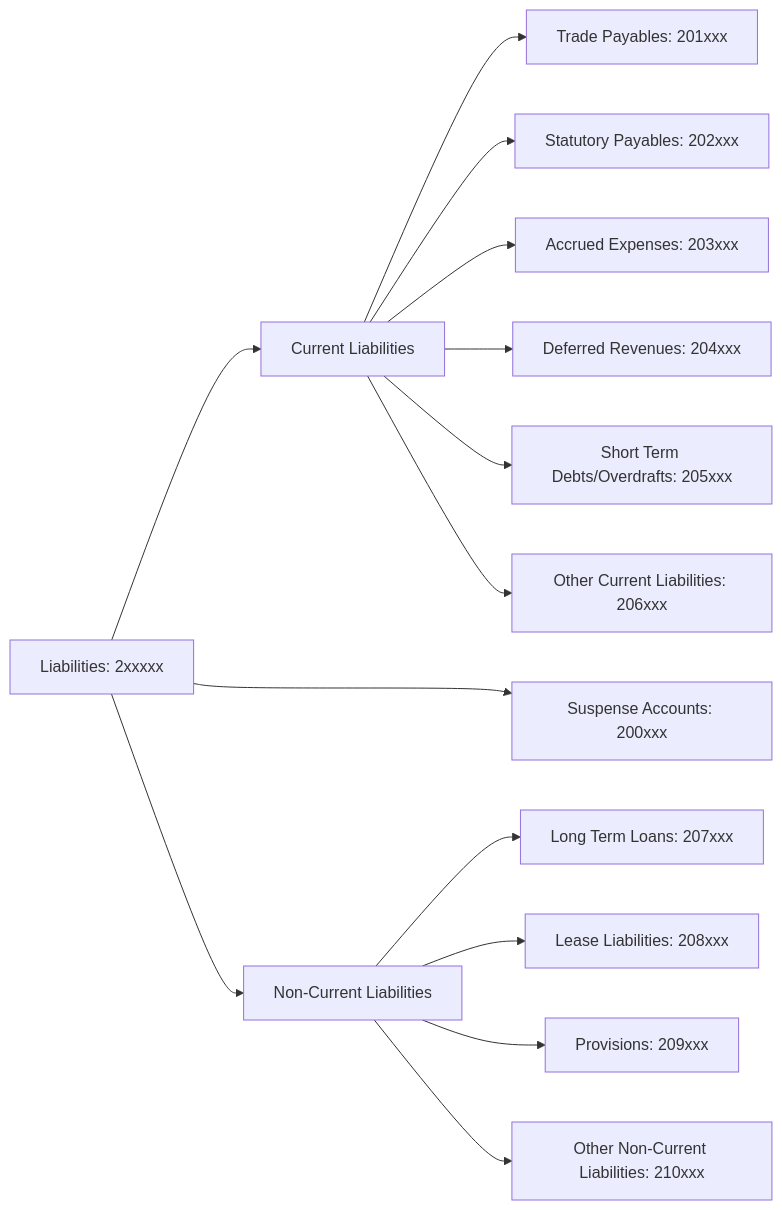
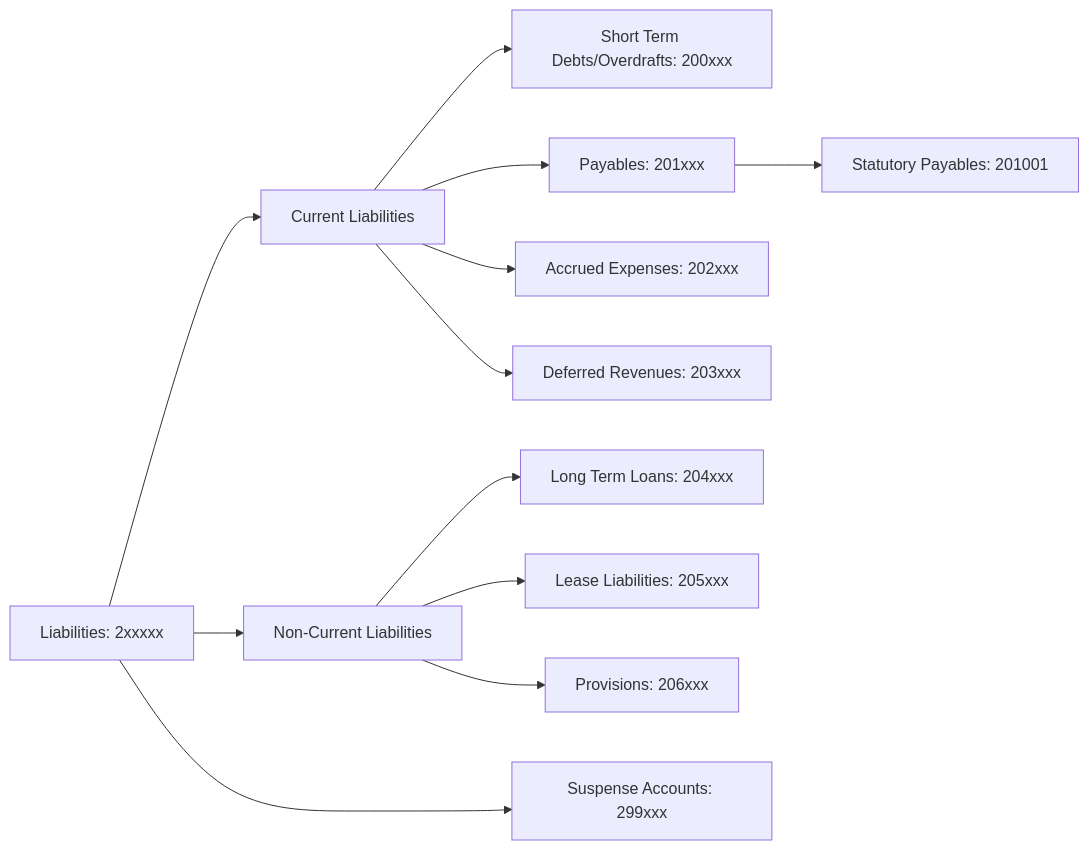
The diagram in src/domain/accounting/__doc__/assets/coa-liabilities.mermaid (oosahon/ledgernova-core), drawn with Mermaid before and after one commit. The commit also changed 276 other files, not shown here.

```diff
--- a/src/domain/accounting/__doc__/assets/coa-liabilities.mermaid
+++ b/src/domain/accounting/__doc__/assets/coa-liabilities.mermaid
@@ -1,23 +1,21 @@
 flowchart LR
     Liabilities["Liabilities: 2xxxxx"]
 
     Liabilities --> CLiabilities & NCLiabilities & SuspenseAccounts
 
-    SuspenseAccounts["Suspense Accounts: 200xxx"]
+ 
     CLiabilities["Current Liabilities"]
-        CLiabilities --> TradePayables["Trade Payables: 201xxx"]
-        CLiabilities --> StatutoryPayables["Statutory Payables: 202xxx"]
-        CLiabilities --> Accruals["Accrued Expenses: 203xxx"]
-        CLiabilities --> DeferredRevenues["Deferred Revenues: 204xxx"]
-        CLiabilities --> ShortTermDebts["Short Term Debts/Overdrafts: 205xxx"]
-        CLiabilities --> OtherCurrentLiabilities["Other Current Liabilities: 206xxx"]
+        CLiabilities --> ShortTermDebts["Short Term Debts/Overdrafts: 200xxx"]
+        CLiabilities --> Payables["Payables: 201xxx"]
+            Payables --> StatutoryPayables["Statutory Payables: 201001"]
+        CLiabilities --> Accruals["Accrued Expenses: 202xxx"]
+        CLiabilities --> DeferredRevenues["Deferred Revenues: 203xxx"]
 
     NCLiabilities["Non-Current Liabilities"]
-        NCLiabilities --> LongTermLoan["Long Term Loans: 207xxx"]
-        NCLiabilities --> LeaseLiabilities["Lease Liabilities: 208xxx"]
-        NCLiabilities --> Provisions["Provisions: 209xxx"]
-        NCLiabilities --> OtherNCL["Other Non-Current Liabilities: 210xxx"]
+        NCLiabilities --> LongTermLoan["Long Term Loans: 204xxx"]
+        NCLiabilities --> LeaseLiabilities["Lease Liabilities: 205xxx"]
+        NCLiabilities --> Provisions["Provisions: 206xxx"]
 
 
     %% For positioning
-    CLiabilities ~~~ SuspenseAccounts
+    NCLiabilities ~~~  SuspenseAccounts["Suspense Accounts: 299xxx"]
```
